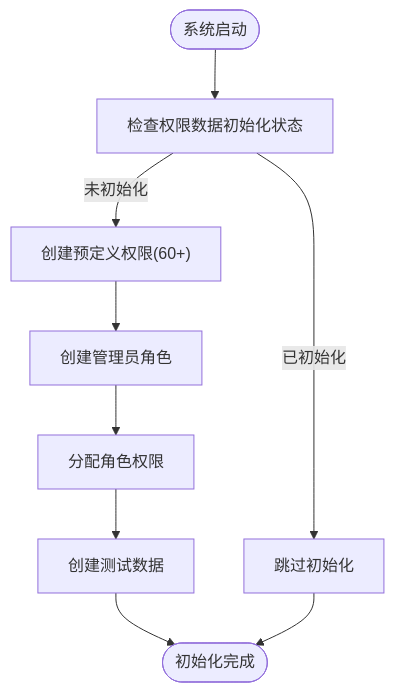
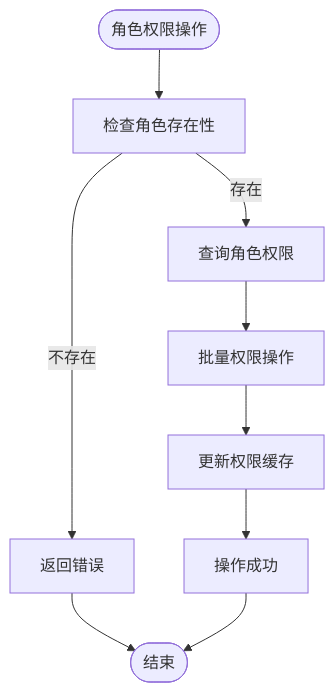
Before and after one commit to liming-lihaini/workflow: the fourth of 10 diagrams in .qoder/repowiki/zh/content/权限控制系统/权限控制系统.md, drawn with Mermaid. The commit also changed other lines of this file and 57 other files, not shown here.

````diff
--- a/.qoder/repowiki/zh/content/权限控制系统/权限控制系统.md
+++ b/.qoder/repowiki/zh/content/权限控制系统/权限控制系统.md
@@ -336,11 +348,11 @@
 ```mermaid
 flowchart TD
-Start(["系统启动"]) --> CheckInit["检查权限数据初始化状态"]
-CheckInit --> |未初始化| CreatePerms["创建预定义权限(60+)"]
-CheckInit --> |已初始化| SkipInit["跳过初始化"]
-CreatePerms --> CreateRoles["创建管理员角色"]
-CreateRoles --> AssignPerms["分配角色权限"]
-AssignPerms --> CreateTestData["创建测试数据"]
-CreateTestData --> Complete(["初始化完成"])
-SkipInit --> Complete
+Start(["角色权限操作"]) --> CheckRole["检查角色存在性"]
+CheckRole --> |存在| QueryPerms["查询角色权限"]
+CheckRole --> |不存在| Error["返回错误"]
+QueryPerms --> BatchOp["批量权限操作"]
+BatchOp --> UpdateCache["更新权限缓存"]
+UpdateCache --> Success["操作成功"]
+Error --> End(["结束"])
+Success --> End
 ```
````
